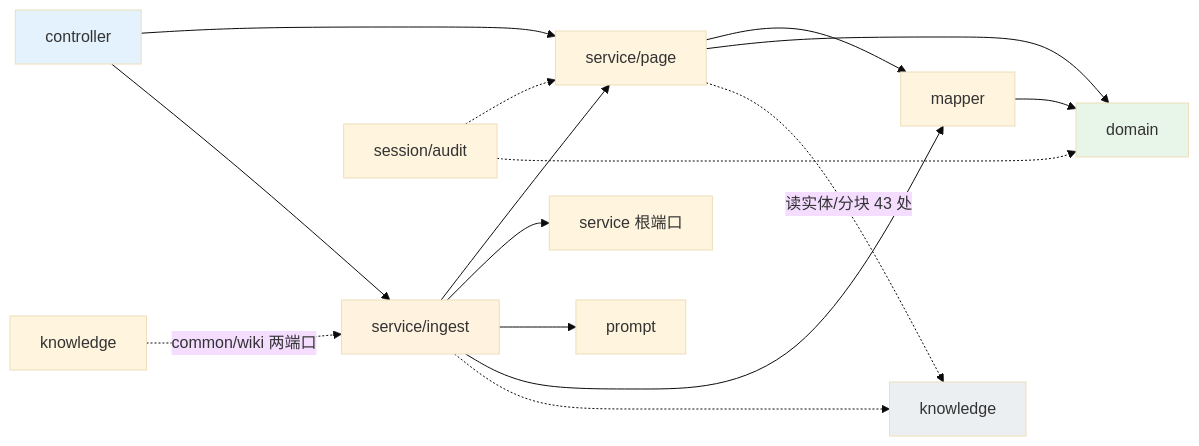
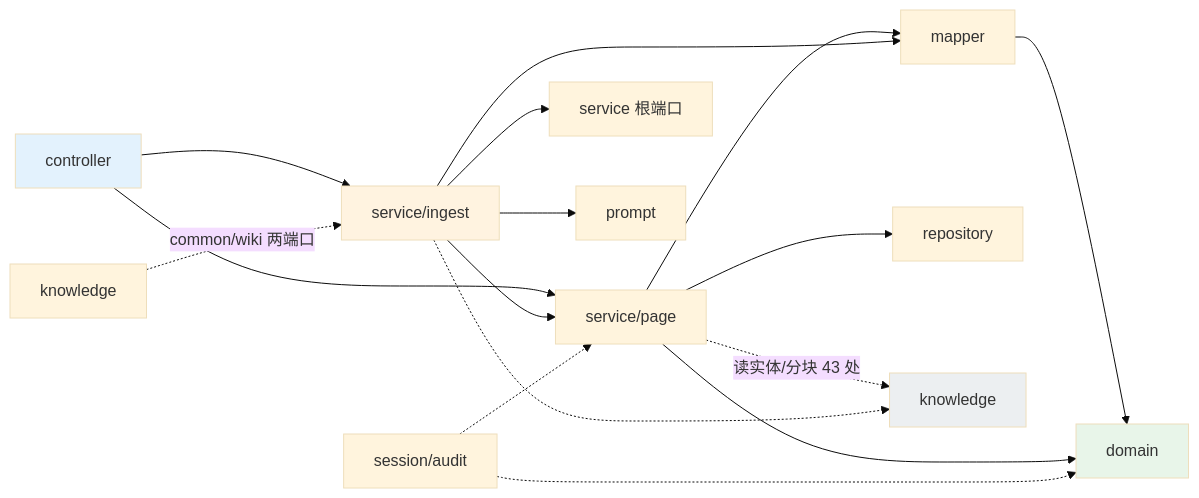
Before and after one commit to pmbilly/ragagent: the second of 6 diagrams in docs/wiki-module-guide.md, drawn with Mermaid (base theme). The commit also changed other lines of this file and 80 other files, not shown here.

````diff
--- a/docs/wiki-module-guide.md
+++ b/docs/wiki-module-guide.md
@@ -99,23 +101,24 @@
 ```mermaid
 graph LR
     A["controller"] --> B["service/page"]
     A --> C["service/ingest"]
     C --> B
     C --> D["service 根端口"]
     C --> E["prompt"]
     B --> F["mapper"]
+    B --> F2["repository"]
     C --> F
     F --> G["domain"]
     B --> G
 
     B -.->|"读实体/分块 43 处"| H["knowledge"]
     C -.-> H
     K["knowledge"] -.->|"common/wiki 两端口"| C
     S["session/audit"] -.-> B
     S -.-> G
 
     style A fill:#e3f2fd
     style C fill:#fff3e0
     style G fill:#e8f5e9
     style H fill:#eceff1
 ```
````
